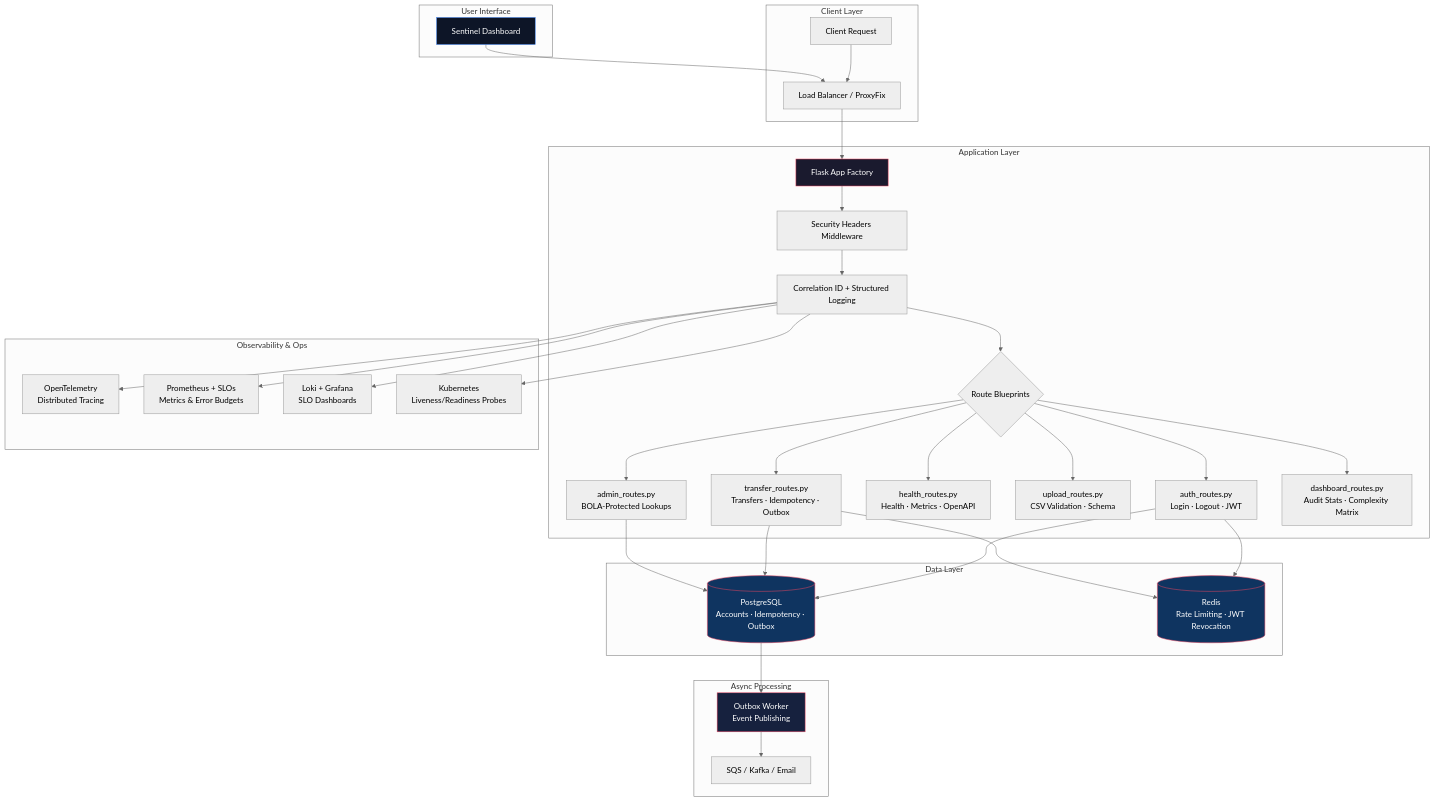
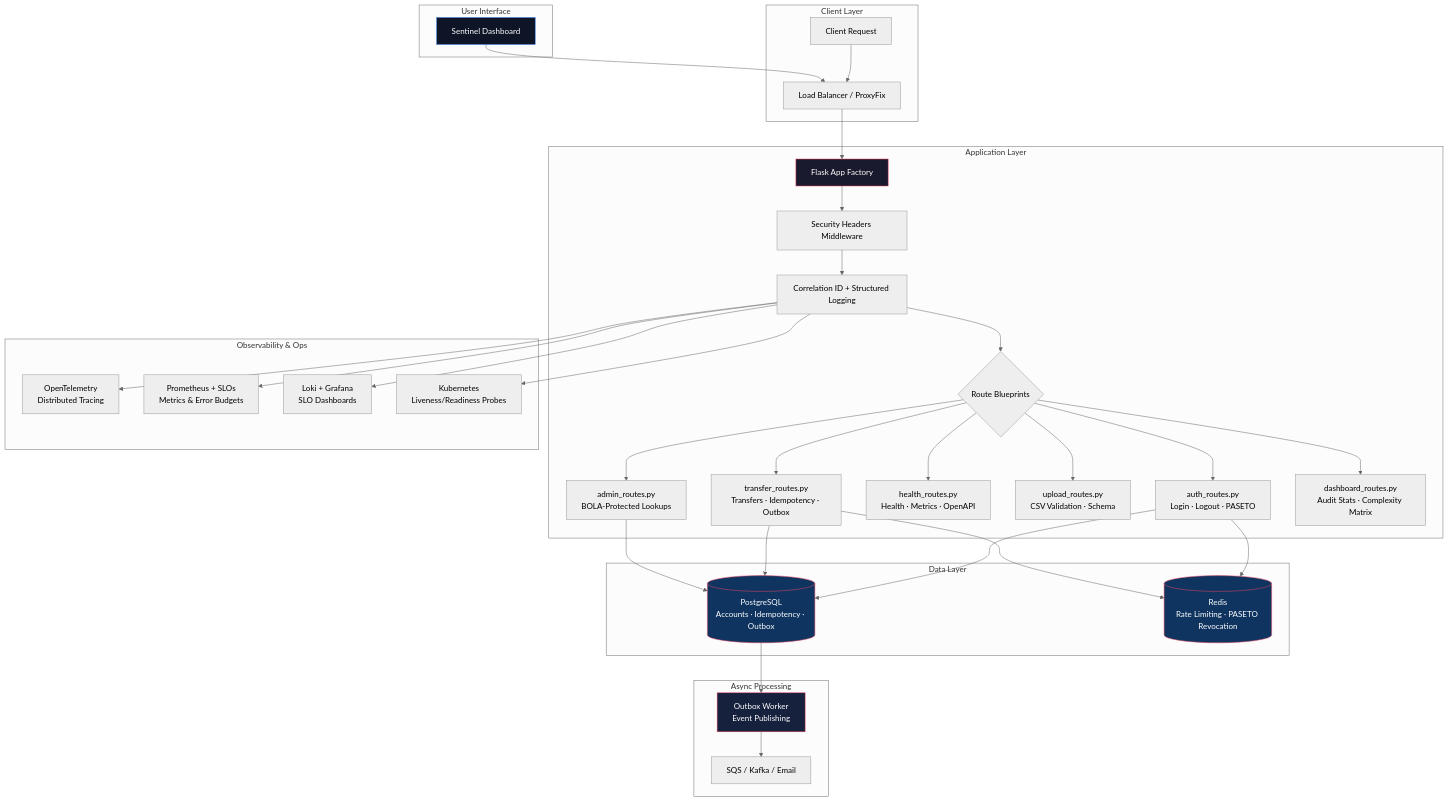
One commit to GauravSahu2/high-assurance-api changed the diagram in README.md. Above: the diagram before and after it, drawn with Mermaid (neutral theme). The commit also changed other lines of this file and 37 other files, not shown here.

Commit message:
chore: integrate OX Security supply chain validation & refine architectural documentation

````diff
--- a/README.md
+++ b/README.md
@@ -26,50 +26,50 @@
 ```mermaid
 graph TB
     subgraph Client Layer
         A[Client Request] --> B[Load Balancer / ProxyFix]
     end
 
     subgraph User Interface
         Z[Sentinel Dashboard] --> B
     end
 
     subgraph Application Layer
         B --> C[Flask App Factory]
         C --> D[Security Headers Middleware]
         D --> E[Correlation ID + Structured Logging]
         E --> F{Route Blueprints}
 
-        F --> G[auth_routes.py<br>Login · Logout · JWT]
+        F --> G[auth_routes.py<br>Login · Logout · PASETO]
         F --> H[transfer_routes.py<br>Transfers · Idempotency · Outbox]
         F --> I[health_routes.py<br>Health · Metrics · OpenAPI]
         F --> J[upload_routes.py<br>CSV Validation · Schema]
         F --> K[admin_routes.py<br>BOLA-Protected Lookups]
         F --> DA[dashboard_routes.py<br>Audit Stats · Complexity Matrix]
     end
 
     subgraph Data Layer
         G --> L[(PostgreSQL<br>Accounts · Idempotency · Outbox)]
         H --> L
         K --> L
-        G --> M[(Redis<br>Rate Limiting · JWT Revocation)]
+        G --> M[(Redis<br>Rate Limiting · PASETO Revocation)]
         H --> M
     end
 
     subgraph Async Processing
         L --> N[Outbox Worker<br>Event Publishing]
         N --> O[SQS / Kafka / Email]
     end
 
     subgraph Observability & Ops
         E --> P[OpenTelemetry<br>Distributed Tracing]
         E --> Q[Prometheus + SLOs<br>Metrics & Error Budgets]
         E --> R[Loki + Grafana<br>SLO Dashboards]
         E --> S[Kubernetes<br>Liveness/Readiness Probes]
     end
 
     style C fill:#1a1a2e,stroke:#e94560,color:#fff
     style L fill:#0f3460,stroke:#e94560,color:#fff
     style M fill:#0f3460,stroke:#e94560,color:#fff
     style N fill:#16213e,stroke:#e94560,color:#fff
     style Z fill:#0d1527,stroke:#3b82f6,color:#fff
 ```
````
